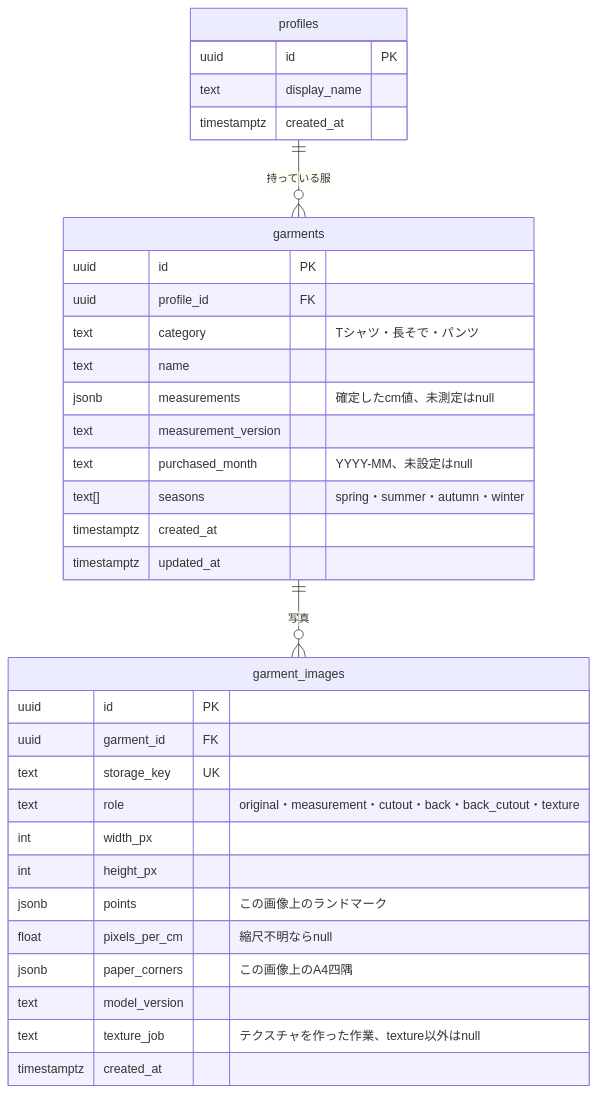
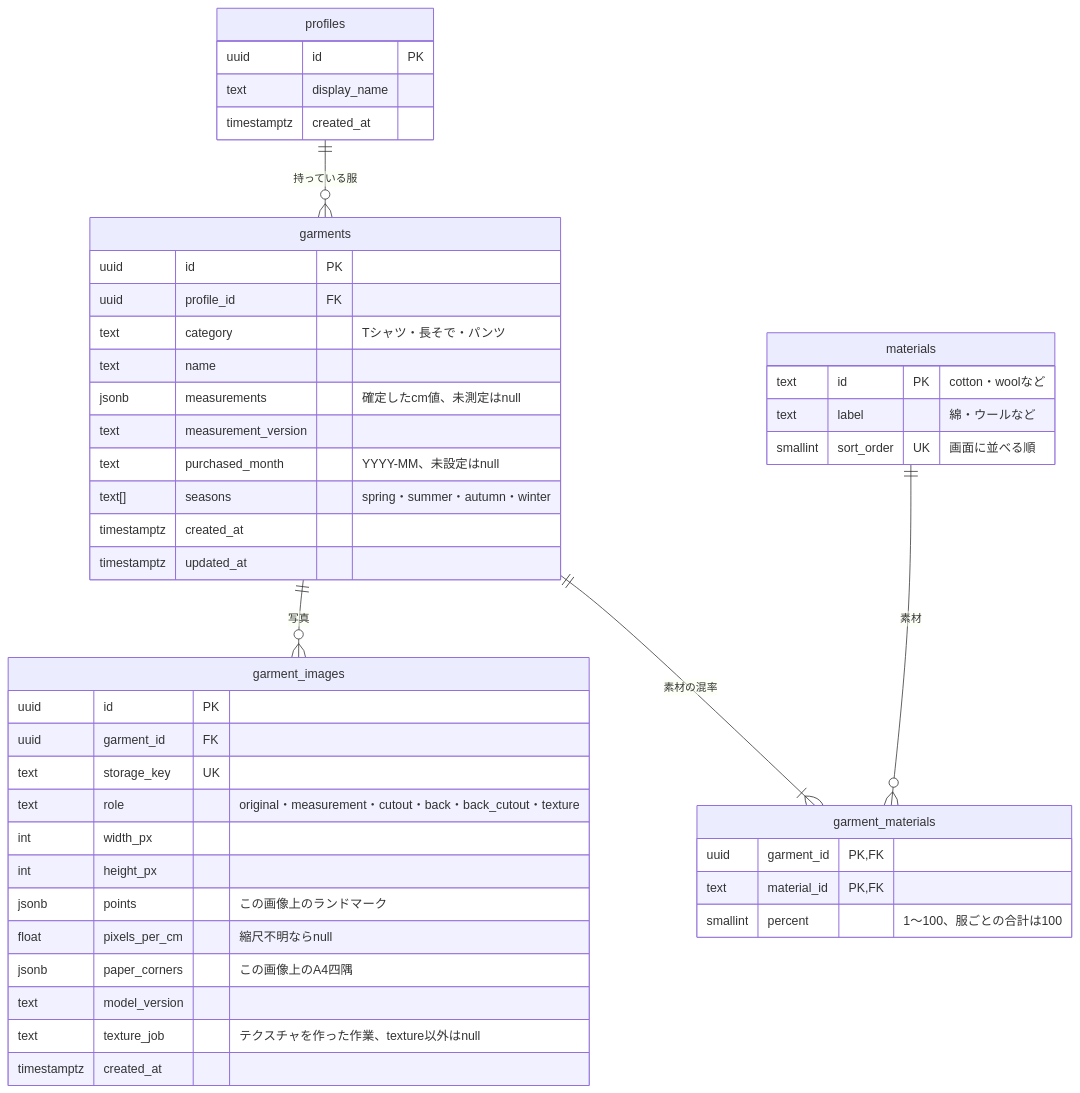
One commit to jphacks/tka_2617 changed the diagram in docs/er.md. Above: the diagram before and after it, drawn with Mermaid. The commit also changed other lines of this file and 1 other file, not shown here.

Commit message:
feat(db): 服の素材の一覧と、服ごとの混率のテーブルを足す
コーデの提案で季節に合う服を選ぶのと、伸びる素材かどうかを知るために、
服の素材を持つ（#109）。モックの「綿98% ポリウレタン2%」のように混率まで
持つため、服と素材の中間テーブルにする。

差し替えは関数set_garment_materialsで1つのトランザクションにし、合計100%を
確かめる。今ある服は、素材を入れなかった服と同じく綿100%にする。

Refs #109

````diff
--- a/docs/er.md
+++ b/docs/er.md
@@ -5,36 +5,48 @@
 ```mermaid
 erDiagram
   profiles ||--o{ garments : "持っている服"
   garments ||--o{ garment_images : "写真"
+  garments ||--|{ garment_materials : "素材の混率"
+  materials ||--o{ garment_materials : "素材"
   profiles {
     uuid id PK
     text display_name
     timestamptz created_at
   }
   garments {
     uuid id PK
     uuid profile_id FK
     text category "Tシャツ・長そで・パンツ"
     text name
     jsonb measurements "確定したcm値、未測定はnull"
     text measurement_version
     text purchased_month "YYYY-MM、未設定はnull"
     text[] seasons "spring・summer・autumn・winter"
     timestamptz created_at
     timestamptz updated_at
   }
   garment_images {
     uuid id PK
     uuid garment_id FK
     text storage_key UK
     text role "original・measurement・cutout・back・back_cutout・texture"
     int width_px
     int height_px
     jsonb points "この画像上のランドマーク"
     float pixels_per_cm "縮尺不明ならnull"
     jsonb paper_corners "この画像上のA4四隅"
     text model_version
     text texture_job "テクスチャを作った作業、texture以外はnull"
     timestamptz created_at
   }
+  materials {
+    text id PK "cotton・woolなど"
+    text label "綿・ウールなど"
+    smallint sort_order UK "画面に並べる順"
+  }
+  garment_materials {
+    uuid garment_id PK,FK
+    text material_id PK,FK
+    smallint percent "1〜100、服ごとの合計は100"
+  }
 ```
````
